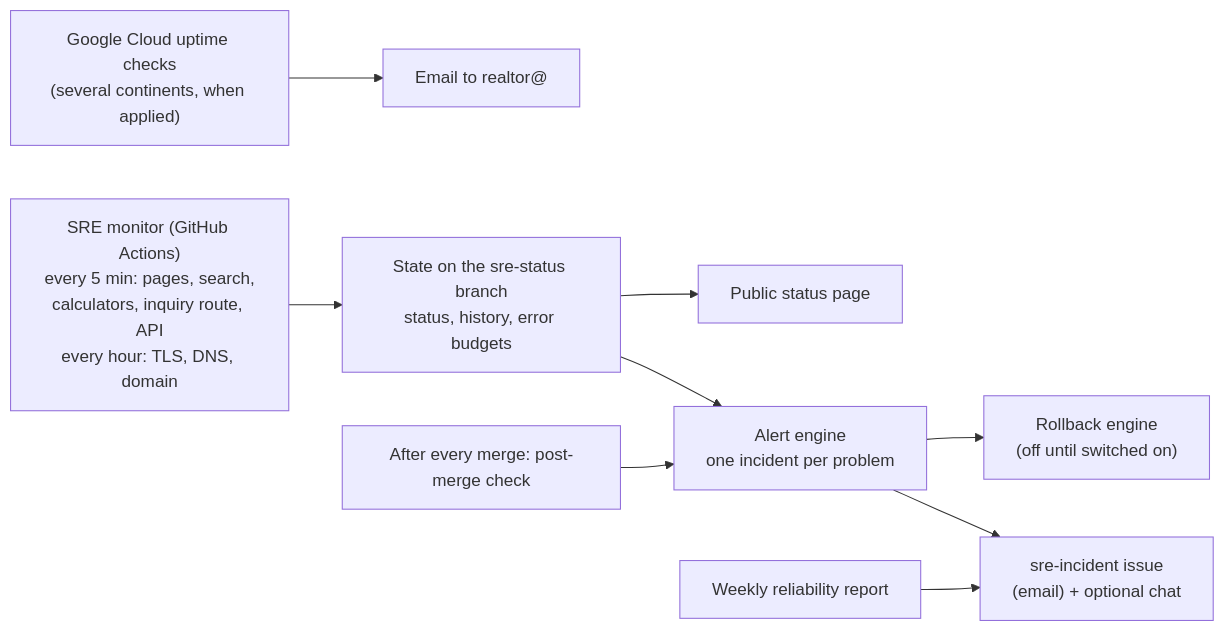
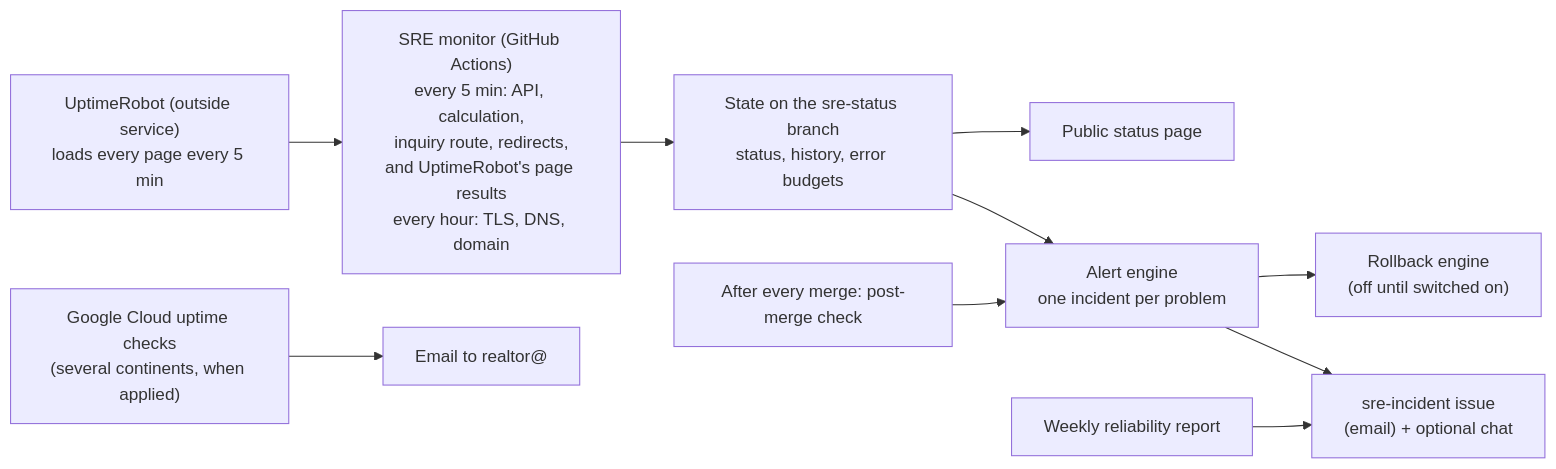
The diagram in docs/sre/README.md (Ggeorge73/DiamondEcho), drawn with Mermaid before and after one commit. The commit also changed other lines of this file and 9 other files, not shown here.

First line of the commit message:
SRE docs for the uptime service; exact host match in the runner test

````diff
--- a/docs/sre/README.md
+++ b/docs/sre/README.md
@@ -16,11 +16,12 @@
 ```mermaid
 flowchart LR
-    M["SRE monitor (GitHub Actions)<br/>every 5 min: pages, search,<br/>calculators, inquiry route, API<br/>every hour: TLS, DNS, domain"] --> S["State on the sre-status branch<br/>status, history, error budgets"]
+    U["UptimeRobot (outside service)<br/>loads every page every 5 min"] --> M
+    M["SRE monitor (GitHub Actions)<br/>every 5 min: API, calculation,<br/>inquiry route, redirects,<br/>and UptimeRobot's page results<br/>every hour: TLS, DNS, domain"] --> S["State on the sre-status branch<br/>status, history, error budgets"]
     S --> A["Alert engine<br/>one incident per problem"]
     A --> I["sre-incident issue<br/>(email) + optional chat"]
     S --> P["Public status page"]
     A --> R["Rollback engine<br/>(off until switched on)"]
     G["Google Cloud uptime checks<br/>(several continents, when applied)"] --> E["Email to realtor@"]
     D["After every merge: post-merge check"] --> A
     W["Weekly reliability report"] --> I
 ```
````
